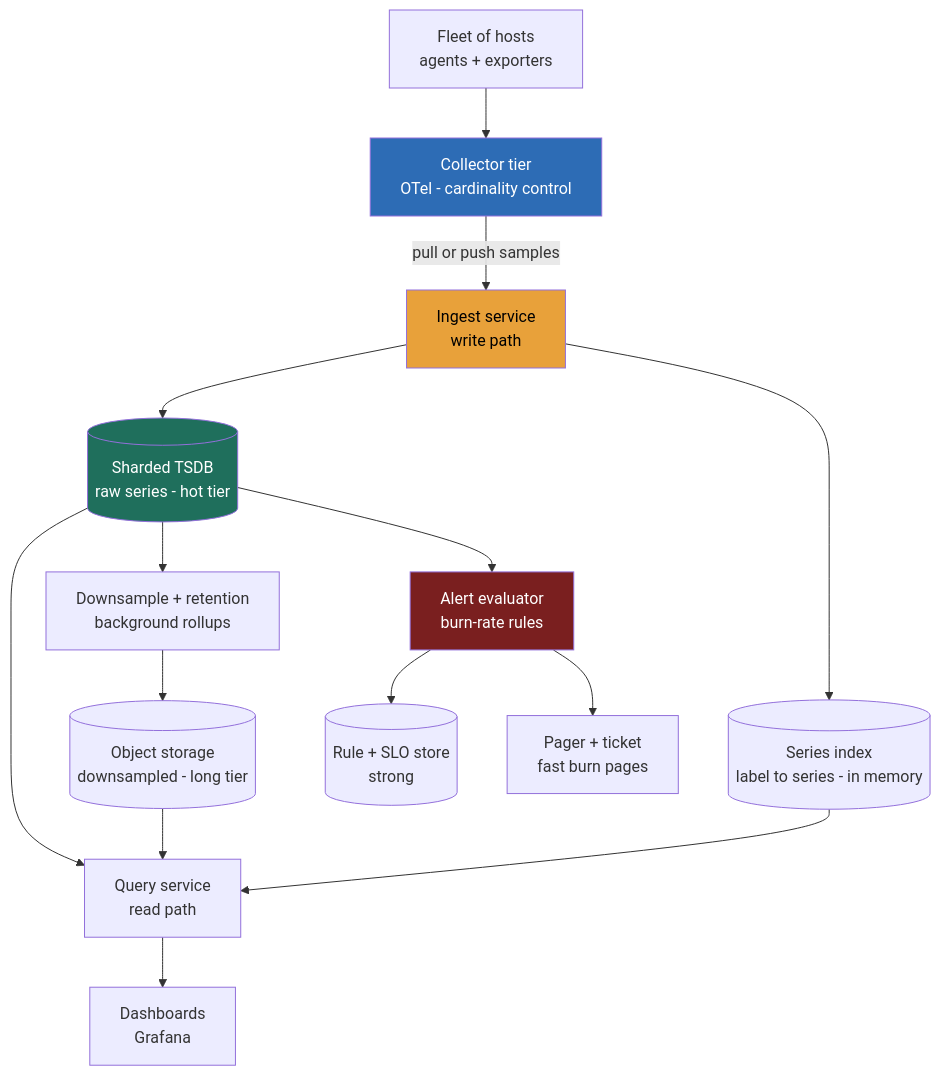
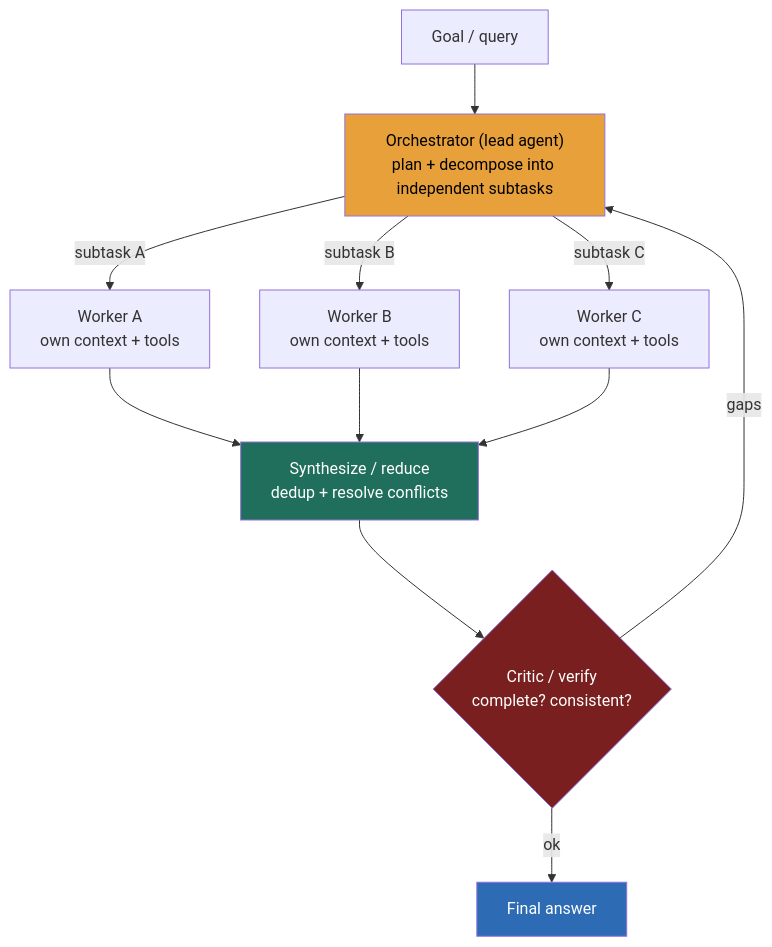
The diagram in src/content/docs/module-9/lesson-9-12.md (hkrathore/sysdesign-course), drawn with Mermaid before and after one commit. The commit also changed other lines of this file and 164 other files, not shown here.

````diff
--- a/src/content/docs/module-9/lesson-9-12.md
+++ b/src/content/docs/module-9/lesson-9-12.md
@@ -108,24 +62,17 @@
 ```mermaid
-flowchart TB
-    FLEET["Fleet of hosts<br/>agents + exporters"] --> COL["Collector tier<br/>OTel - cardinality control"]
-    COL -->|"pull or push samples"| ING["Ingest service<br/>write path"]
-    ING --> TSDB[("Sharded TSDB<br/>raw series - hot tier")]
-    ING --> IDX[("Series index<br/>label to series - in memory")]
-
-    TSDB --> DS["Downsample + retention<br/>background rollups"]
-    DS --> COLD[("Object storage<br/>downsampled - long tier")]
-
-    TSDB --> Q["Query service<br/>read path"]
-    COLD --> Q
-    IDX --> Q
-    Q --> DASH["Dashboards<br/>Grafana"]
-
-    TSDB --> ALERT["Alert evaluator<br/>burn-rate rules"]
-    ALERT --> RULES[("Rule + SLO store<br/>strong")]
-    ALERT --> PAGE["Pager + ticket<br/>fast burn pages"]
-
-    style ING fill:#e8a13a,color:#000
-    style TSDB fill:#1f6f5c,color:#fff
-    style COL fill:#2d6cb5,color:#fff
-    style ALERT fill:#7a1f1f,color:#fff
+flowchart TD
+    GOAL[Goal / query] --> ORCH["Orchestrator (lead agent)<br/>plan + decompose into independent subtasks"]
+    ORCH -->|subtask A| W1["Worker A<br/>own context + tools"]
+    ORCH -->|subtask B| W2["Worker B<br/>own context + tools"]
+    ORCH -->|subtask C| W3["Worker C<br/>own context + tools"]
+    W1 --> SYNTH
+    W2 --> SYNTH
+    W3 --> SYNTH["Synthesize / reduce<br/>dedup + resolve conflicts"]
+    SYNTH --> CRITIC{"Critic / verify<br/>complete? consistent?"}
+    CRITIC -->|gaps| ORCH
+    CRITIC -->|ok| OUT[Final answer]
+    style ORCH fill:#e8a13a,color:#000
+    style SYNTH fill:#1f6f5c,color:#fff
+    style CRITIC fill:#7a1f1f,color:#fff
+    style OUT fill:#2d6cb5,color:#fff
 ```
````
